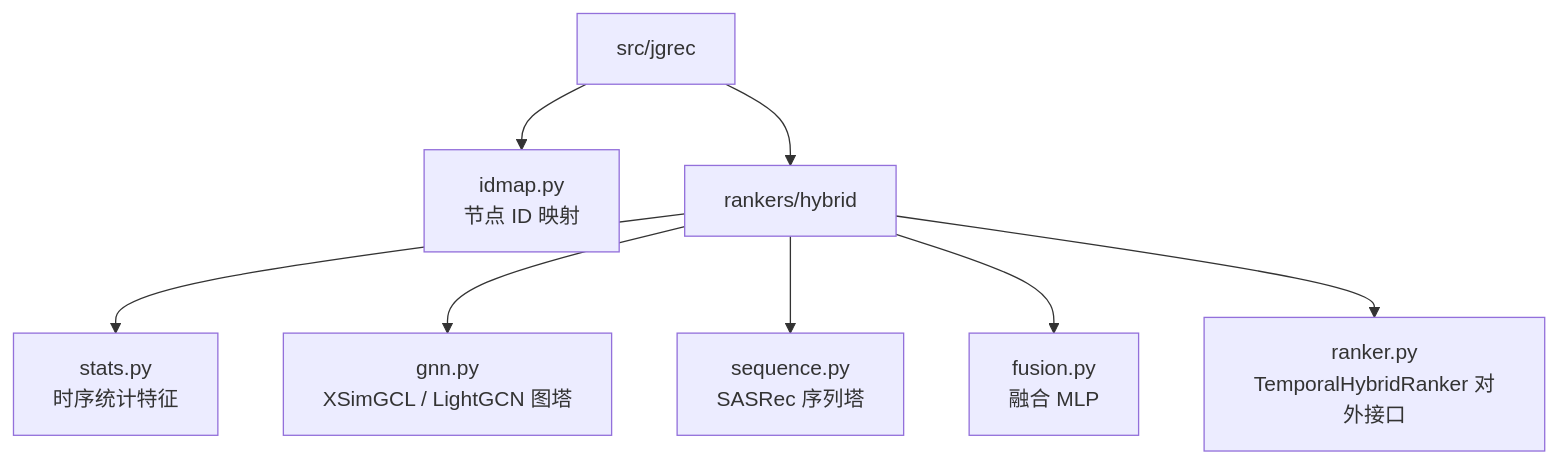
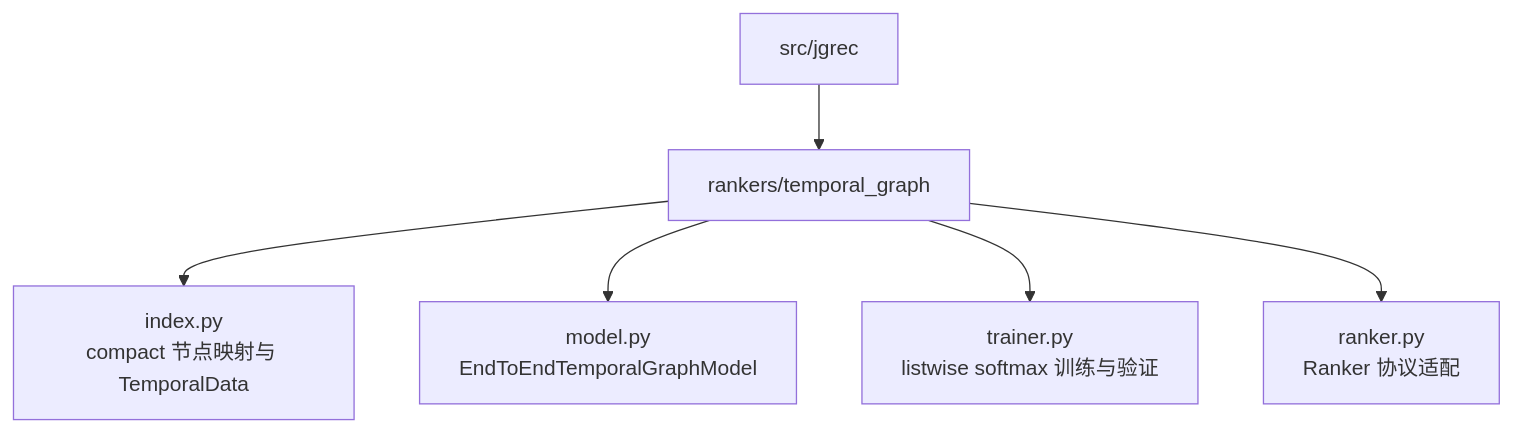
Before and after one commit to Puiching-Memory/jittor-GPNUT1-JGRec: the second of 2 diagrams in docs/system/modeling.md, drawn with Mermaid. The commit also changed other lines of this file and 26 other files, not shown here.

First line of the commit message:
重构：将 Hybrid 排序器替换为 TemporalGraph 排序器

````diff
--- a/docs/system/modeling.md
+++ b/docs/system/modeling.md
@@ -25,10 +24,8 @@
 ```mermaid
 flowchart TB
-    A["src/jgrec"] --> B["idmap.py<br/>节点 ID 映射"]
-    A --> C["rankers/hybrid"]
-    C --> D["stats.py<br/>时序统计特征"]
-    C --> E["gnn.py<br/>XSimGCL / LightGCN 图塔"]
-    C --> F["sequence.py<br/>SASRec 序列塔"]
-    C --> G["fusion.py<br/>融合 MLP"]
-    C --> H["ranker.py<br/>TemporalHybridRanker 对外接口"]
+    A["src/jgrec"] --> B["rankers/temporal_graph"]
+    B --> C["index.py<br/>compact 节点映射与 TemporalData"]
+    B --> D["model.py<br/>EndToEndTemporalGraphModel"]
+    B --> E["trainer.py<br/>listwise softmax 训练与验证"]
+    B --> F["ranker.py<br/>Ranker 协议适配"]
 ```
````
